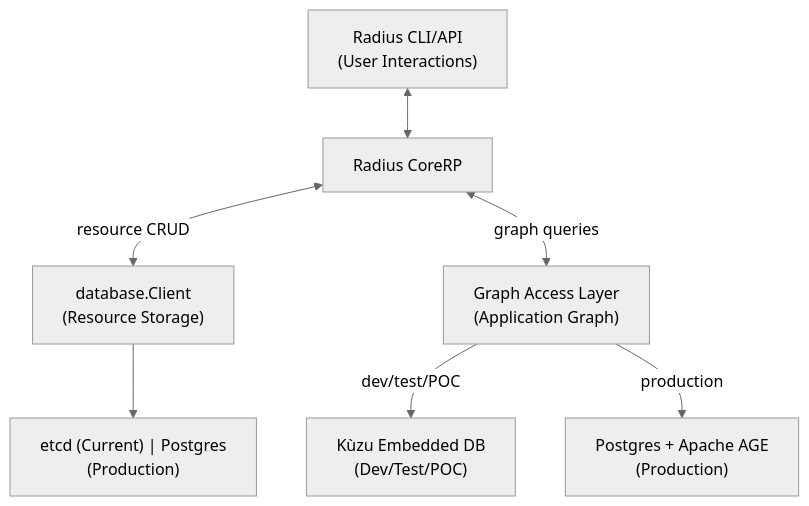
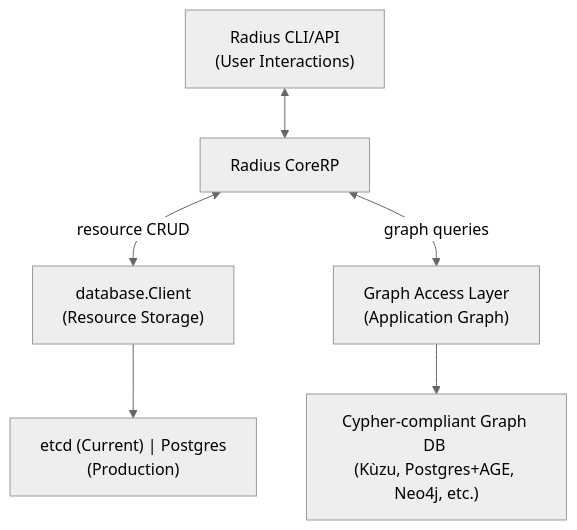
Before and after one commit to radius-project/design-notes: the first of 2 diagrams in architecture/2025-06-non-k8s-controlplane/2025-06-graph-db-replace-planes.md, drawn with Mermaid (neutral theme). The commit also changed other lines of this file, not shown here.

````diff
--- a/architecture/2025-06-non-k8s-controlplane/2025-06-graph-db-replace-planes.md
+++ b/architecture/2025-06-non-k8s-controlplane/2025-06-graph-db-replace-planes.md
@@ -188,17 +188,15 @@
 ```mermaid
 graph TD
     A["Radius CLI/API <br/>(User Interactions)"]
     B["Radius CoreRP<br/>"]
     C["database.Client <br/>(Resource Storage)"]
     D["Graph Access Layer <br/>(Application Graph)"]
     E1["etcd (Current) | Postgres <br/>(Production)"]
-    F1["Kùzu Embedded DB <br/>(Dev/Test/POC)"]
-    F2["Postgres + Apache AGE <br/>(Production)"]
+    F["Cypher-compliant Graph DB <br/>(Kùzu, Postgres+AGE, Neo4j, etc.)"]
 
     A <--> B
     B <-->|"resource CRUD"| C
     B <-->|"graph queries"| D
     C --> E1
-    D -- "dev/test/POC" --> F1
-    D -- "production" --> F2
+    D --> F
 ```
````
